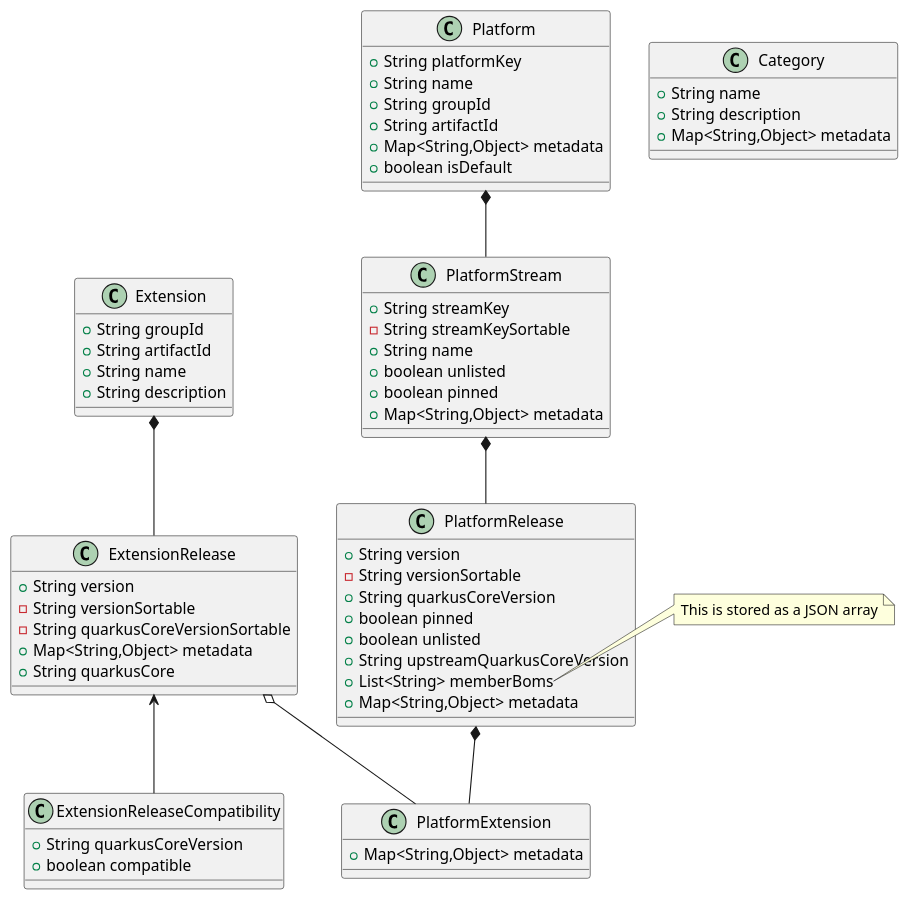
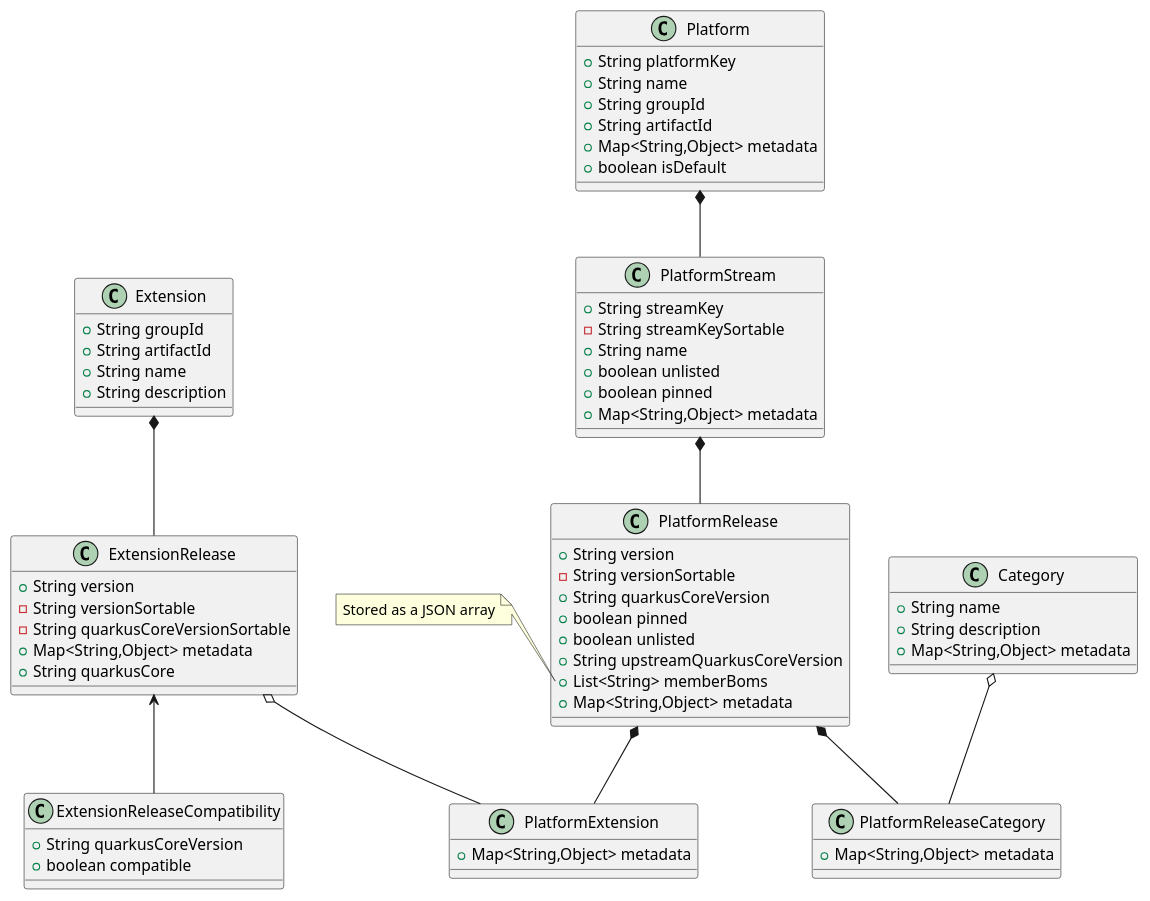
One commit to quarkusio/registry.quarkus.io changed the diagram in docs/model.puml. Above: the diagram before and after it, drawn with PlantUML. The commit also changed 7 other files, not shown here.

First line of the commit message:
Introduce PlatformReleaseCategory

```diff
--- a/docs/model.puml
+++ b/docs/model.puml
@@ -1,72 +1,79 @@
 @startuml
 class Platform {
   + String platformKey
   + String name
   + String groupId
   + String artifactId
   + Map<String,Object> metadata
   + boolean isDefault
 }
 
 class PlatformStream {
   + String streamKey
   - String streamKeySortable
   + String name
   + boolean unlisted
   + boolean pinned
   + Map<String,Object> metadata
 }
 
 class PlatformRelease {
   + String version
   - String versionSortable
   + String quarkusCoreVersion
   + boolean pinned
   + boolean unlisted
   + String upstreamQuarkusCoreVersion
   + List<String> memberBoms
   + Map<String,Object> metadata
 }
 
 class PlatformExtension {
   + Map<String,Object> metadata
 }
 
+class PlatformReleaseCategory {
+  + Map<String,Object> metadata
+}
+
 class Extension {
   + String groupId
   + String artifactId
   + String name
   + String description
 }
 
 class ExtensionRelease {
   + String version
   - String versionSortable
   - String quarkusCoreVersionSortable
   + Map<String,Object> metadata
   + String quarkusCore
 }
 
 class Category {
   + String name
   + String description
   + Map<String,Object> metadata
 }
 
 class ExtensionReleaseCompatibility {
   + String quarkusCoreVersion
   + boolean compatible
 }
 
-note right of PlatformRelease::memberBoms
-  This is stored as a JSON array
+note left of PlatformRelease::memberBoms
+  Stored as a JSON array
 end note
 
-Platform         *-- PlatformStream
-PlatformStream   *-- PlatformRelease
-PlatformRelease  *-- PlatformExtension
+Category o-- PlatformReleaseCategory
+
+Platform                *-- PlatformStream
+PlatformStream          *-- PlatformRelease
+PlatformRelease         *-- PlatformExtension
+PlatformRelease         *-- PlatformReleaseCategory
 
 Extension        *-- ExtensionRelease
 ExtensionRelease o-- PlatformExtension
 ExtensionRelease <-- ExtensionReleaseCompatibility
 @enduml
```
